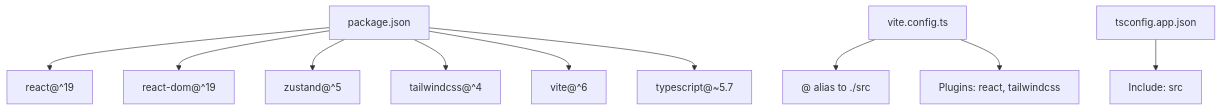
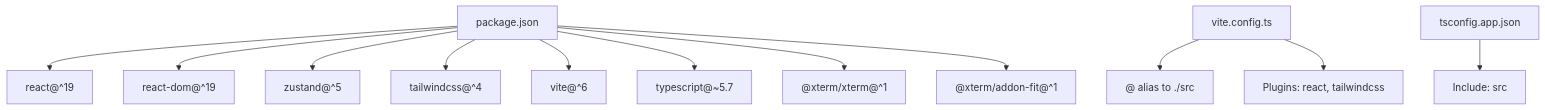
One commit to v0lka/c0wrk changed diagram 11 of 11 in .qoder/repowiki/en/content/Frontend Application/Frontend Application.md. Above: the diagram before and after it, drawn with Mermaid. The commit also changed other lines of this file and 52 other files, not shown here.

````diff
--- a/.qoder/repowiki/en/content/Frontend Application/Frontend Application.md
+++ b/.qoder/repowiki/en/content/Frontend Application/Frontend Application.md
@@ -293,12 +413,14 @@
 ```mermaid
 graph TB
 Pkg["package.json"] --> React["react@^19"]
 Pkg --> ReactDOM["react-dom@^19"]
 Pkg --> Zustand["zustand@^5"]
 Pkg --> Tailwind["tailwindcss@^4"]
 Pkg --> Vite["vite@^6"]
 Pkg --> TS["typescript@~5.7"]
+Pkg --> XTerm["@xterm/xterm@^1"]
+Pkg --> FitAddon["@xterm/addon-fit@^1"]
 ViteCfg["vite.config.ts"] --> Alias["@ alias to ./src"]
 ViteCfg --> Plugins["Plugins: react, tailwindcss"]
 TSConf["tsconfig.app.json"] --> Include["Include: src"]
 ```
````
